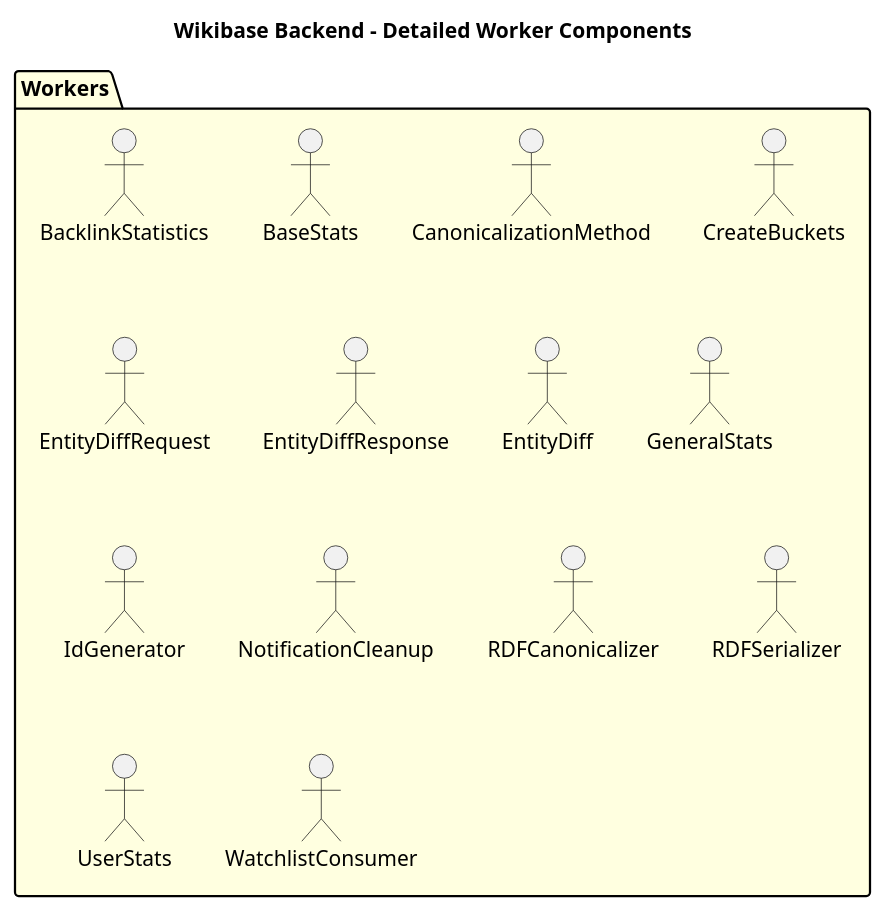
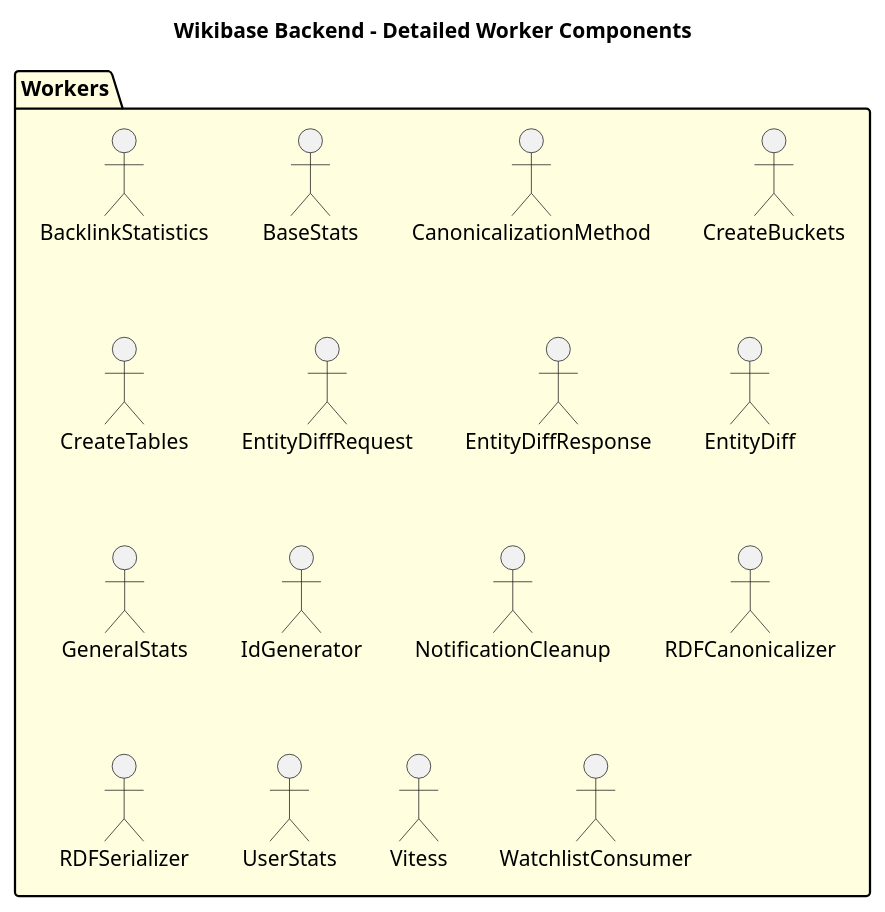
One commit to dpriskorn/entitybase-backend changed the diagram in doc/DIAGRAMS/detailed_worker_components.puml. Above: the diagram before and after it, drawn with PlantUML. The commit also changed 51 other files, not shown here.

```diff
--- a/doc/DIAGRAMS/detailed_worker_components.puml
+++ b/doc/DIAGRAMS/detailed_worker_components.puml
@@ -1,22 +1,24 @@
 @startuml Detailed Worker Components
 
 title Wikibase Backend - Detailed Worker Components
 
 package "Workers" as Workers #LightYellow {
     "BacklinkStatistics" as BacklinkStatisticsWorker
     "BaseStats" as BaseStatsWorker
     "CanonicalizationMethod" as CanonicalizationMethod
     "CreateBuckets" as CreateBuckets
+    "CreateTables" as CreateTables
     "EntityDiffRequest" as EntityDiffRequest
     "EntityDiffResponse" as EntityDiffResponse
     "EntityDiff" as EntityDiffWorker
     "GeneralStats" as GeneralStatsWorker
     "IdGenerator" as IdGeneratorWorker
     "NotificationCleanup" as NotificationCleanupWorker
     "RDFCanonicalizer" as RDFCanonicalizer
     "RDFSerializer" as RDFSerializer
     "UserStats" as UserStatsWorker
+    "Vitess" as VitessWorker
     "WatchlistConsumer" as WatchlistConsumerWorker
 }
 
 @enduml
```
